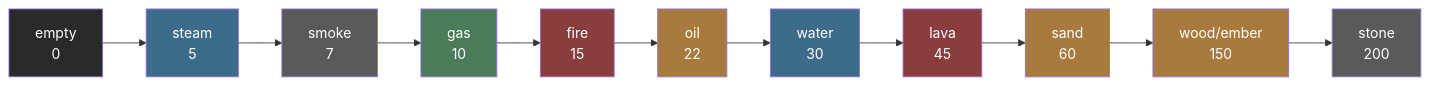
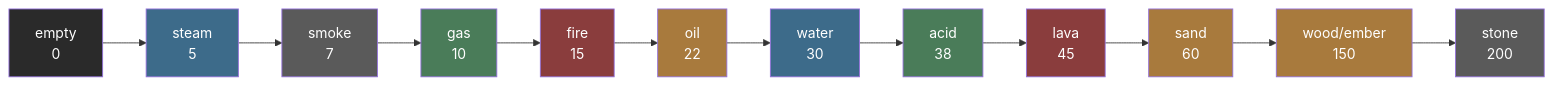
The third of 7 diagrams in docs/Sand/Adding-a-Material.md (jose-villegas/esp32-c6-dev), drawn with Mermaid before and after one commit. The commit also changed other lines of this file and 8 other files, not shown here.

````diff
--- a/docs/Sand/Adding-a-Material.md
+++ b/docs/Sand/Adding-a-Material.md
@@ -197,16 +197,17 @@
 ```mermaid
 flowchart LR
-    E["empty\n0"] --> S["steam\n5"] --> K["smoke\n7"] --> G["gas\n10"] --> F["fire\n15"] --> X["oil\n22"] --> W["water\n30"] --> LV["lava\n45"] --> A["sand\n60"] --> D["wood/ember\n150"] --> T["stone\n200"]
+    E["empty\n0"] --> S["steam\n5"] --> K["smoke\n7"] --> G["gas\n10"] --> F["fire\n15"] --> X["oil\n22"] --> W["water\n30"] --> AC["acid\n38"] --> LV["lava\n45"] --> A["sand\n60"] --> D["wood/ember\n150"] --> T["stone\n200"]
 
     style E fill:#2a2a2a,color:#fff
     style S fill:#3d6b8a,color:#fff
     style K fill:#5a5a5a,color:#fff
     style G fill:#4a7c59,color:#fff
     style F fill:#8a3d3d,color:#fff
     style W fill:#3d6b8a,color:#fff
     style A fill:#a87a3d,color:#fff
     style D fill:#a87a3d,color:#fff
     style T fill:#5a5a5a,color:#fff
     style X fill:#a87a3d,color:#fff
     style LV fill:#8a3d3d,color:#fff
+    style AC fill:#4a7c59,color:#fff
 ```
````
